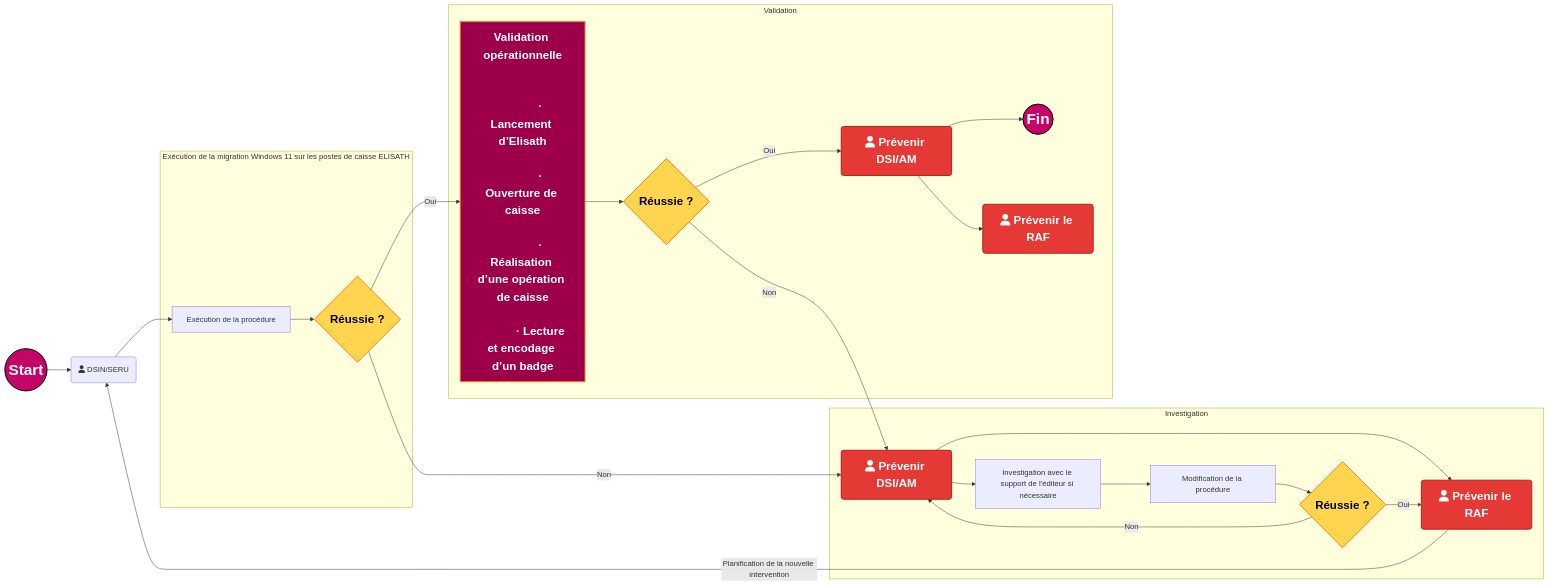
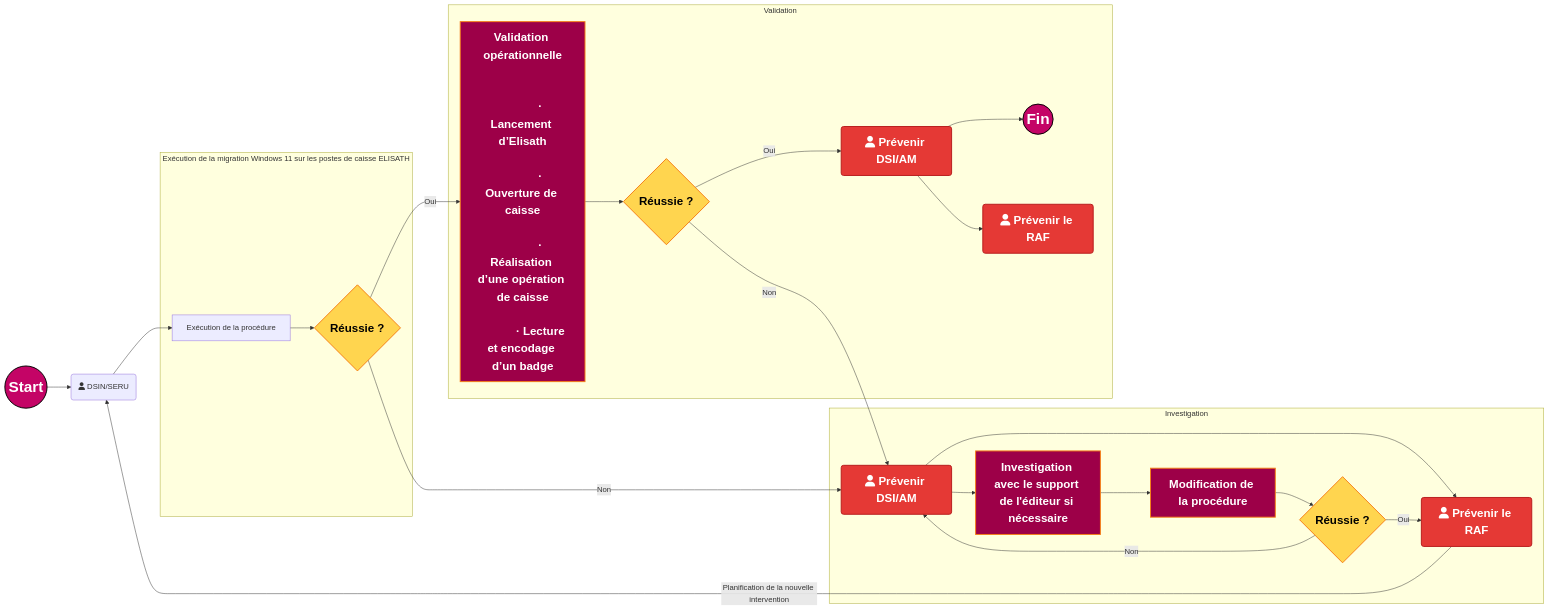
The diagram in all/Flux de validation.md (fdadda/iodraw-files), drawn with Mermaid before and after one commit.

Commit message:
2026-05-12 11:51:17 update

````diff
--- a/all/Flux de validation.md
+++ b/all/Flux de validation.md
@@ -1,61 +1,61 @@
 ```mermaid
 flowchart LR
 
     start((Start)) --> A
     A(fa:fa-user DSIN/SERU) --> B[Exécution de la procédure]
 
     subgraph Exécution de la migration Windows 11 sur les postes de caisse ELISATH
         B --> C{Réussie ?}
     end
 
     subgraph Validation
         C -->|Oui| D["Validation opérationnelle<br/><br/>
             · Lancement d’Elisath<br/>
             · Ouverture de caisse<br/>
             · Réalisation d’une opération de caisse<br/>
             · Lecture et encodage d’un badge"]
 
         D --> Val{Réussie ?}
 
         Val -->|Oui| PrevDSI(fa:fa-user Prévenir DSI/AM)
        
         PrevDSI --> fin((Fin))
         PrevDSI  --> PrevRAF(fa:fa-user Prévenir le RAF)
     end
     Val --> |Non| E
     subgraph Investigation
         C -->|Non| E(fa:fa-user Prévenir DSI/AM)
         E --> F(fa:fa-user Prévenir le RAF)
         E --> G[Investigation avec le support de l'éditeur si nécessaire]
         G --> H[Modification de la procédure]
         H --> I{Réussie ?}
         I -->|Oui| F
         I -->|Non| E
     end
 
     F -->|Planification de la nouvelle intervention| A
 
     %% --- STYLES ---
     classDef StartEndPoint fill:#c40466,stroke:#000,color:#fff,stroke-width:2px,font-size:32px,font-weight:bold;
     classDef Decision      fill:#ffd54f,stroke:#f57f17,color:#000,stroke-width:2px,font-size:24px,font-weight:bold;
     classDef Action      fill:#9d0048,stroke:#f57f17,color:#fff,stroke-width:2px,font-size:24px,font-weight:bold;
     classDef Error         fill:#e53935,stroke:#b71c1c,color:#fff,stroke-width:2px,font-size:24px,font-weight:bold;
 
     %% --- AFFECTATION DES CLASSES ---
     class start,fin StartEndPoint;
     class C,I,Val Decision;
     class E,F,PrevDSI,PrevRAF Error;
-    class D, Action;
+    class D,G,H Action;
     %% --- “CEINTURE + BRETELLES” (force le style sur les 2 nœuds) ---
     %%style start font-size:32px,font-weight:bold
     %%style fin   font-size:32px,font-weight:bold
 
     %% --- Codes couleur (commentaires) ---
     %% Bleu marine #000080
     %% Midnight blue #191970
     %% Bleu foncé intense #080F70
     %% Bleu foncé moderne #111184
     %% Orange #ffd54f
     %% Rouge #e53935
     %% Rose CAPI #c40466
 ```
````
